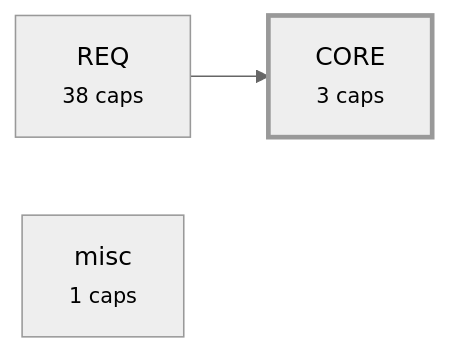
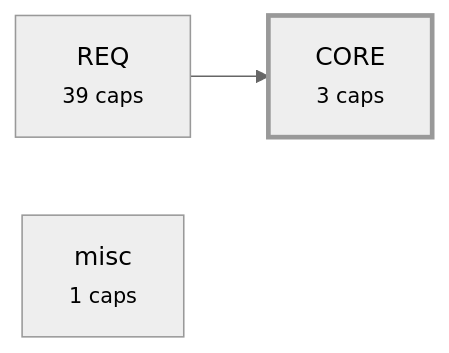
One commit to alxmax/Requirement-manager changed the third of 4 diagrams in plugin/requirements/_map.md. Above: the diagram before and after it, drawn with Mermaid (neutral theme). The commit also changed other lines of this file and 12 other files, not shown here.

````diff
--- a/plugin/requirements/_map.md
+++ b/plugin/requirements/_map.md
@@ -308,8 +320,8 @@
 ```mermaid
 graph LR
   a_CORE["CORE<br><small>3 caps</small>"]
-  a_REQ["REQ<br><small>38 caps</small>"]
+  a_REQ["REQ<br><small>39 caps</small>"]
   a_misc["misc<br><small>1 caps</small>"]
   a_REQ --> a_CORE
   style a_CORE stroke-width:3px
 ```
````
